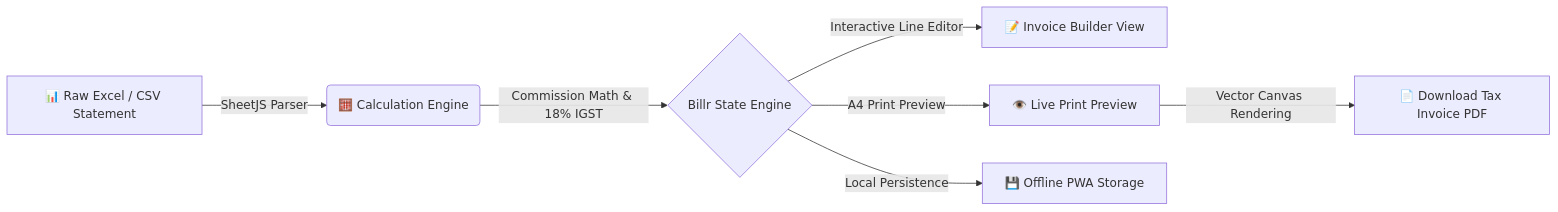
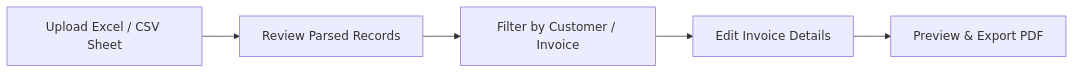
One commit to sem1colon/Billr changed the diagram in README.md. Above: the diagram before and after it, drawn with Mermaid. The commit also changed other lines of this file and 12 other files, not shown here.

Commit message:
feat: redesign invoice workflow for Excel CSV imports

````diff
--- a/README.md
+++ b/README.md
@@ -47,9 +51,7 @@
 ```mermaid
 flowchart LR
-    A[📊 Raw Excel / CSV Statement] -->|SheetJS Parser| B(🧮 Calculation Engine)
-    B -->|Commission Math & 18% IGST| C{Billr State Engine}
-    C -->|Interactive Line Editor| D[📝 Invoice Builder View]
-    C -->|A4 Print Preview| E[👁️ Live Print Preview]
-    E -->|Vector Canvas Rendering| F[📄 Download Tax Invoice PDF]
-    C -->|Local Persistence| G[💾 Offline PWA Storage]
+    A[Upload Excel / CSV Sheet] --> B[Review Parsed Records]
+    B --> C[Filter by Customer / Invoice]
+    C --> D[Edit Invoice Details]
+    D --> E[Preview & Export PDF]
 ```
````
